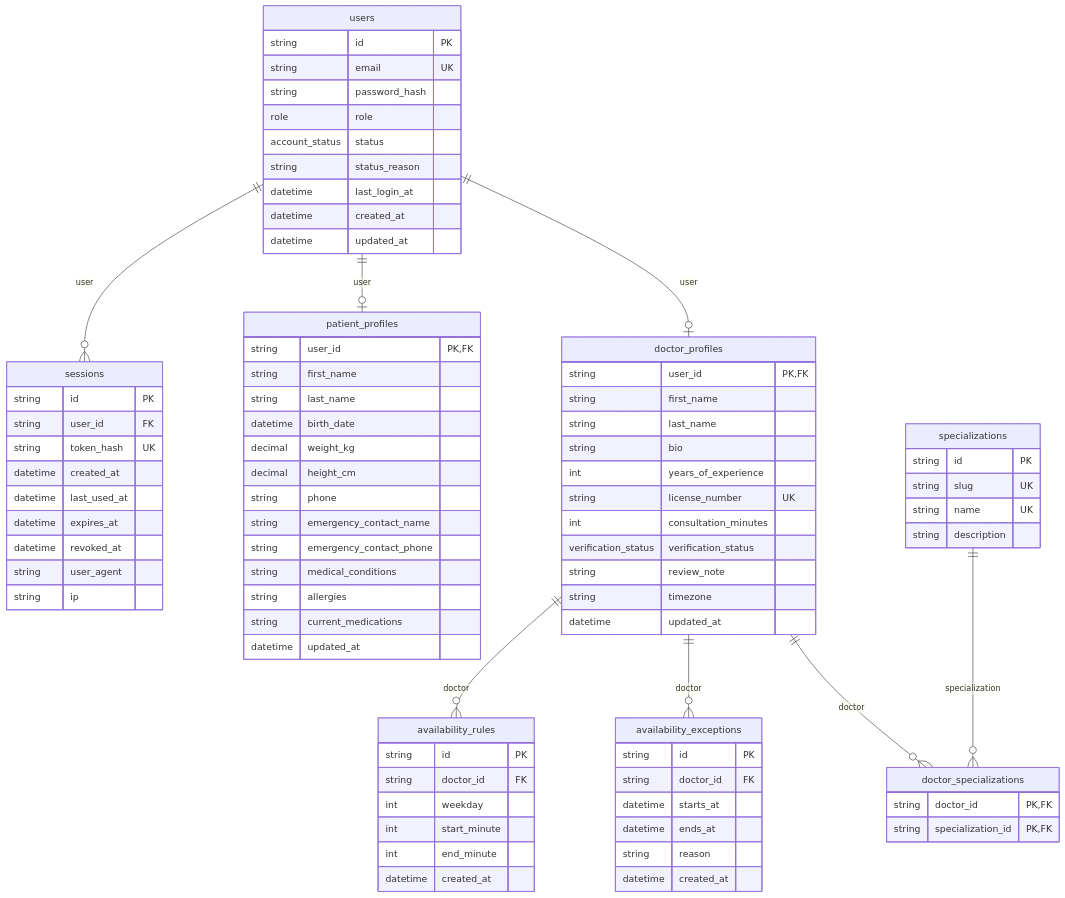
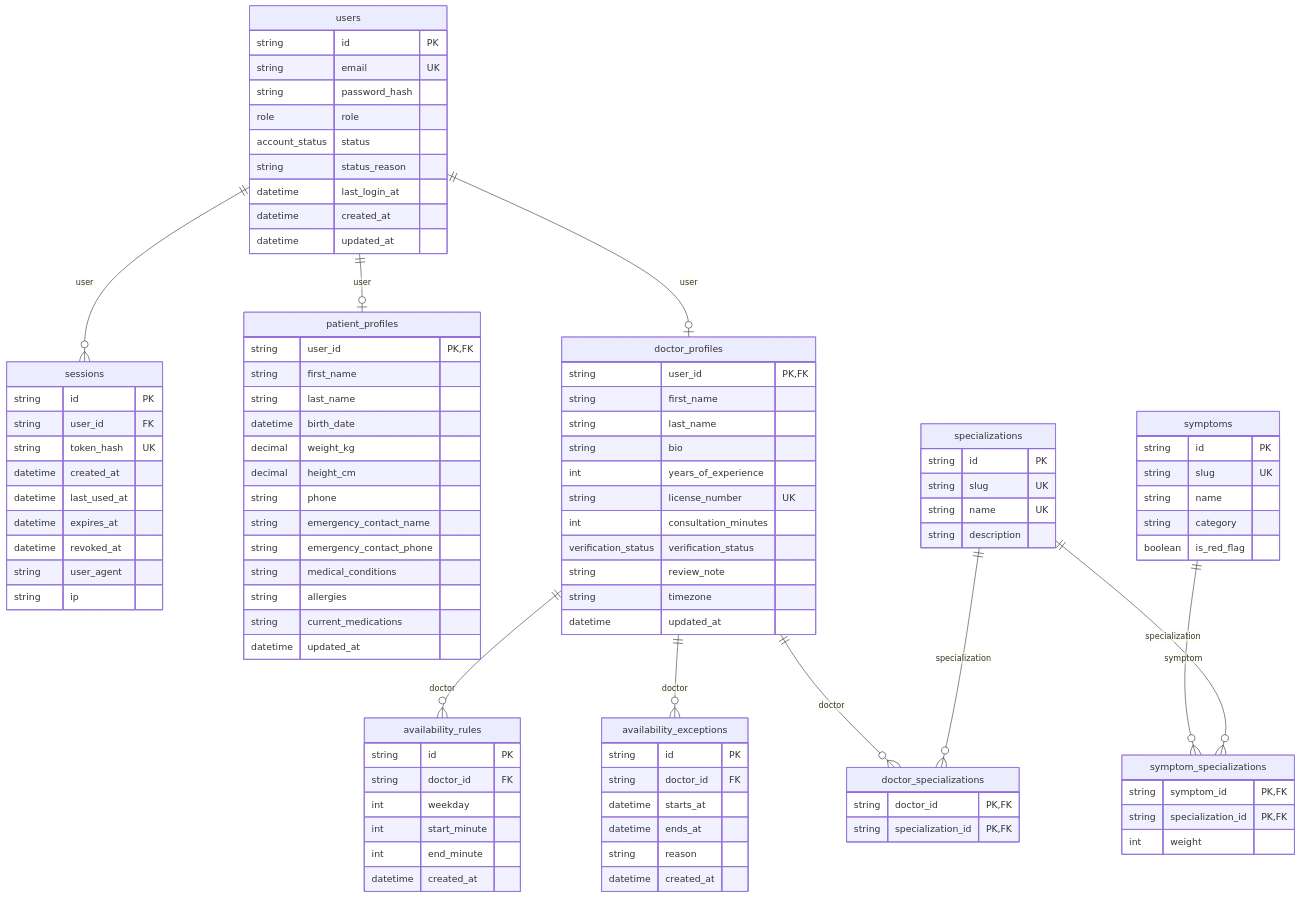
The diagram in docs/architecture/_generated-erd.md (alhexjustine/telehealth), drawn with Mermaid before and after one commit. The commit also changed 63 other files, not shown here.

````diff
--- a/docs/architecture/_generated-erd.md
+++ b/docs/architecture/_generated-erd.md
@@ -74,6 +74,18 @@
     string name UK
     string description
   }
+  symptoms {
+    string id PK
+    string slug UK
+    string name
+    string category
+    boolean is_red_flag
+  }
+  symptom_specializations {
+    string symptom_id PK,FK
+    string specialization_id PK,FK
+    int weight
+  }
   doctor_specializations {
     string doctor_id PK,FK
     string specialization_id PK,FK
@@ -83,6 +95,8 @@
   users ||--o| doctor_profiles : "user"
   doctor_profiles ||--o{ availability_rules : "doctor"
   doctor_profiles ||--o{ availability_exceptions : "doctor"
+  symptoms ||--o{ symptom_specializations : "symptom"
+  specializations ||--o{ symptom_specializations : "specialization"
   doctor_profiles ||--o{ doctor_specializations : "doctor"
   specializations ||--o{ doctor_specializations : "specialization"
 ```
````
